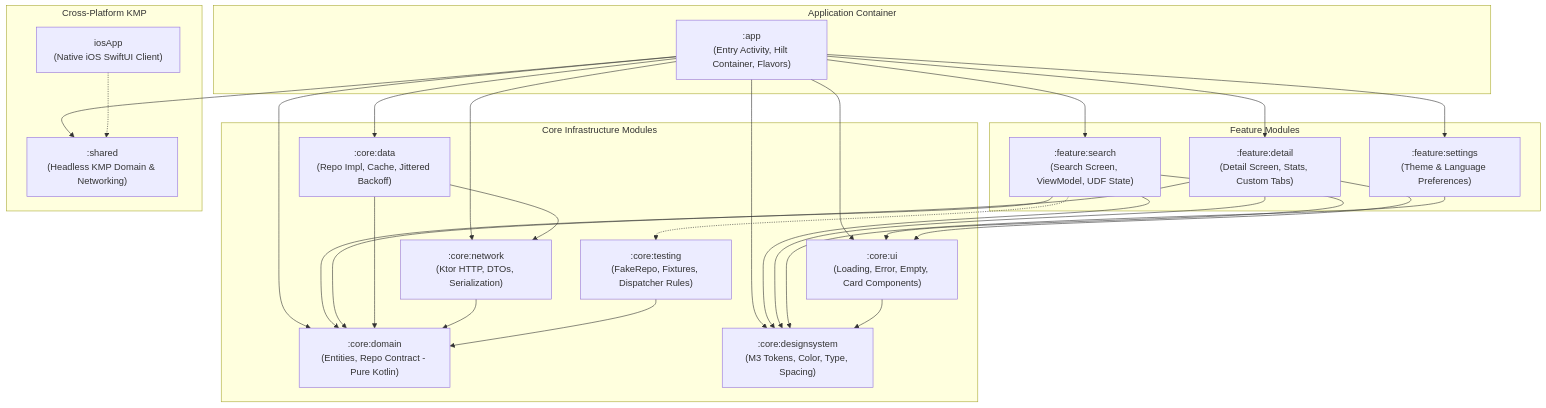
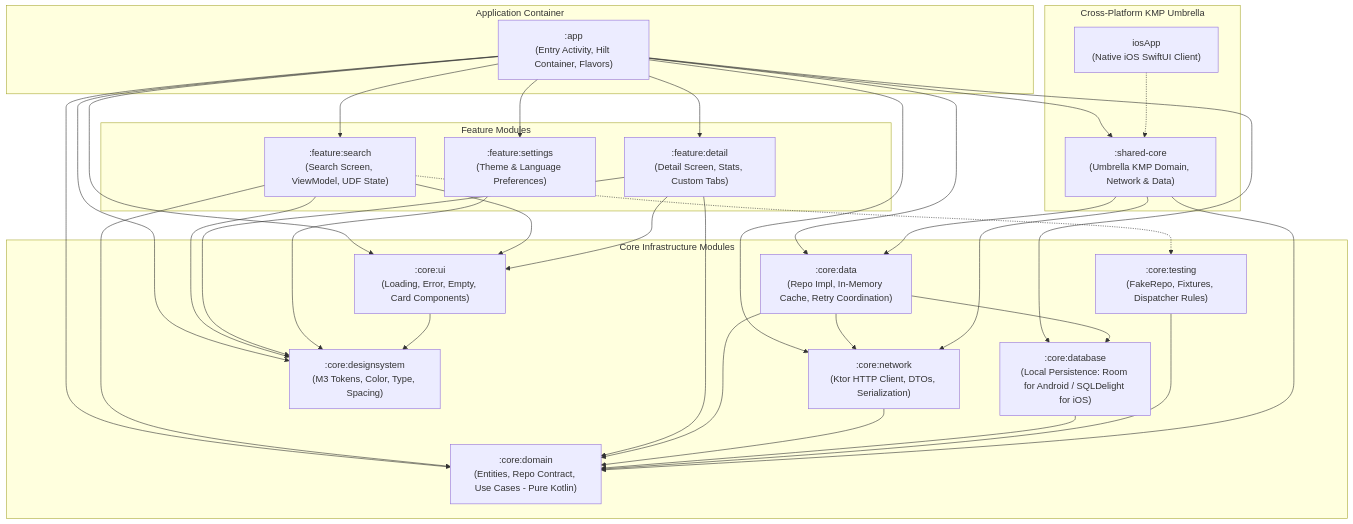
Before and after one commit to dinkar1708/dinakar-android-engineer-codecheck: the diagram in docs/02_project_architecture/architecture/05_app_modules_and_responsibilities.md, drawn with Mermaid. The commit also changed other lines of this file and 21 other files, not shown here.

````diff
--- a/docs/02_project_architecture/architecture/05_app_modules_and_responsibilities.md
+++ b/docs/02_project_architecture/architecture/05_app_modules_and_responsibilities.md
@@ -23,59 +25,67 @@
 ```mermaid
 graph TD
     subgraph AppShell [Application Container]
         app[":app<br/>(Entry Activity, Hilt Container, Flavors)"]
     end
 
     subgraph FeatureLayer [Feature Modules]
         feature_search[":feature:search<br/>(Search Screen, ViewModel, UDF State)"]
         feature_detail[":feature:detail<br/>(Detail Screen, Stats, Custom Tabs)"]
         feature_settings[":feature:settings<br/>(Theme & Language Preferences)"]
     end
 
     subgraph CoreLayer [Core Infrastructure Modules]
-        core_domain[":core:domain<br/>(Entities, Repo Contract - Pure Kotlin)"]
-        core_data[":core:data<br/>(Repo Impl, Cache, Jittered Backoff)"]
-        core_network[":core:network<br/>(Ktor HTTP, DTOs, Serialization)"]
+        core_domain[":core:domain<br/>(Entities, Repo Contract, Use Cases - Pure Kotlin)"]
+        core_data[":core:data<br/>(Repo Impl, In-Memory Cache, Retry Coordination)"]
+        core_network[":core:network<br/>(Ktor HTTP Client, DTOs, Serialization)"]
+        core_database[":core:database<br/>(Local Persistence: Room for Android / SQLDelight for iOS)"]
         core_designsystem[":core:designsystem<br/>(M3 Tokens, Color, Type, Spacing)"]
         core_ui[":core:ui<br/>(Loading, Error, Empty, Card Components)"]
         core_testing[":core:testing<br/>(FakeRepo, Fixtures, Dispatcher Rules)"]
     end
 
-    subgraph CrossPlatformLayer [Cross-Platform KMP]
-        shared[":shared<br/>(Headless KMP Domain & Networking)"]
+    subgraph CrossPlatformLayer [Cross-Platform KMP Umbrella]
+        shared_core[":shared-core<br/>(Umbrella KMP Domain, Network & Data)"]
         ios_app["iosApp<br/>(Native iOS SwiftUI Client)"]
     end
 
     %% Dependencies
     app --> feature_search
     app --> feature_detail
     app --> feature_settings
     app --> core_domain
     app --> core_data
     app --> core_network
+    app --> core_database
     app --> core_designsystem
     app --> core_ui
-    app --> shared
+    app --> shared_core
 
     feature_search --> core_domain
     feature_search --> core_ui
     feature_search --> core_designsystem
     feature_search -.-> core_testing
 
     feature_detail --> core_domain
     feature_detail --> core_ui
     feature_detail --> core_designsystem
 
     feature_settings --> core_designsystem
 
     core_data --> core_domain
     core_data --> core_network
+    core_data --> core_database
 
     core_network --> core_domain
+    core_database --> core_domain
 
     core_ui --> core_designsystem
 
     core_testing --> core_domain
 
-    ios_app -.-> shared
+    shared_core --> core_domain
+    shared_core --> core_network
+    shared_core --> core_data
+
+    ios_app -.-> shared_core
 ```
````
